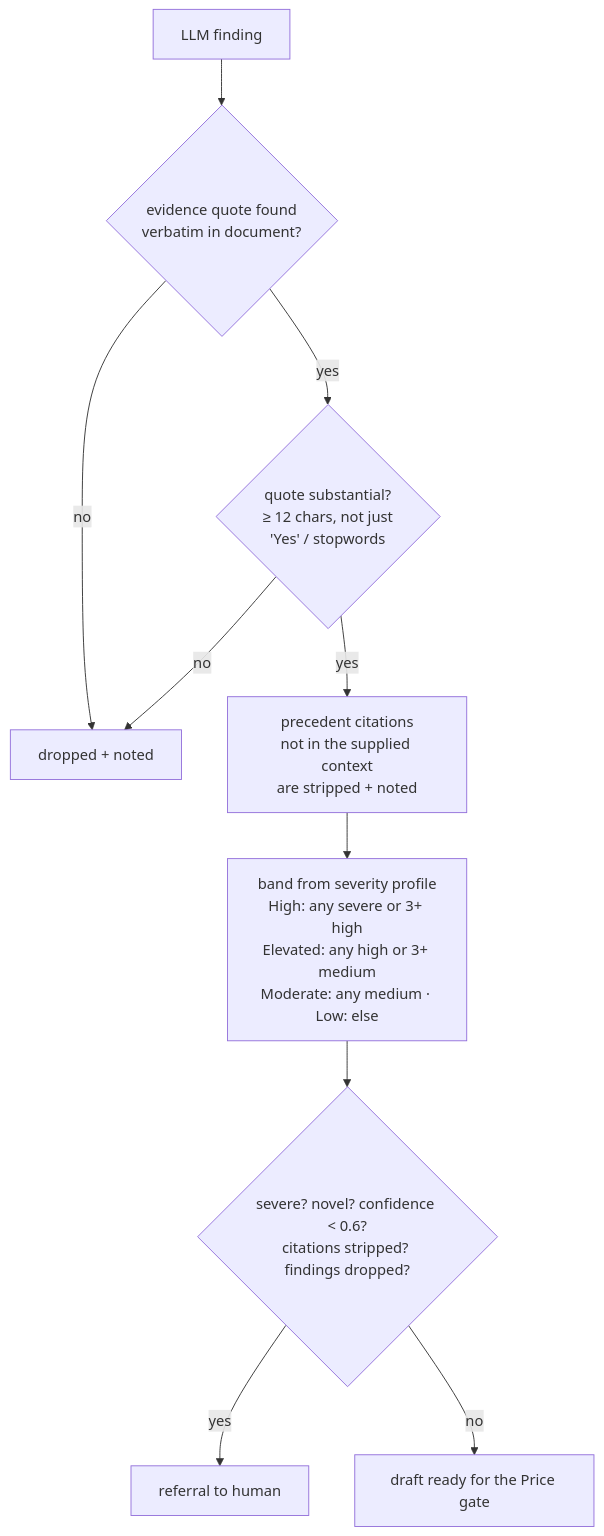
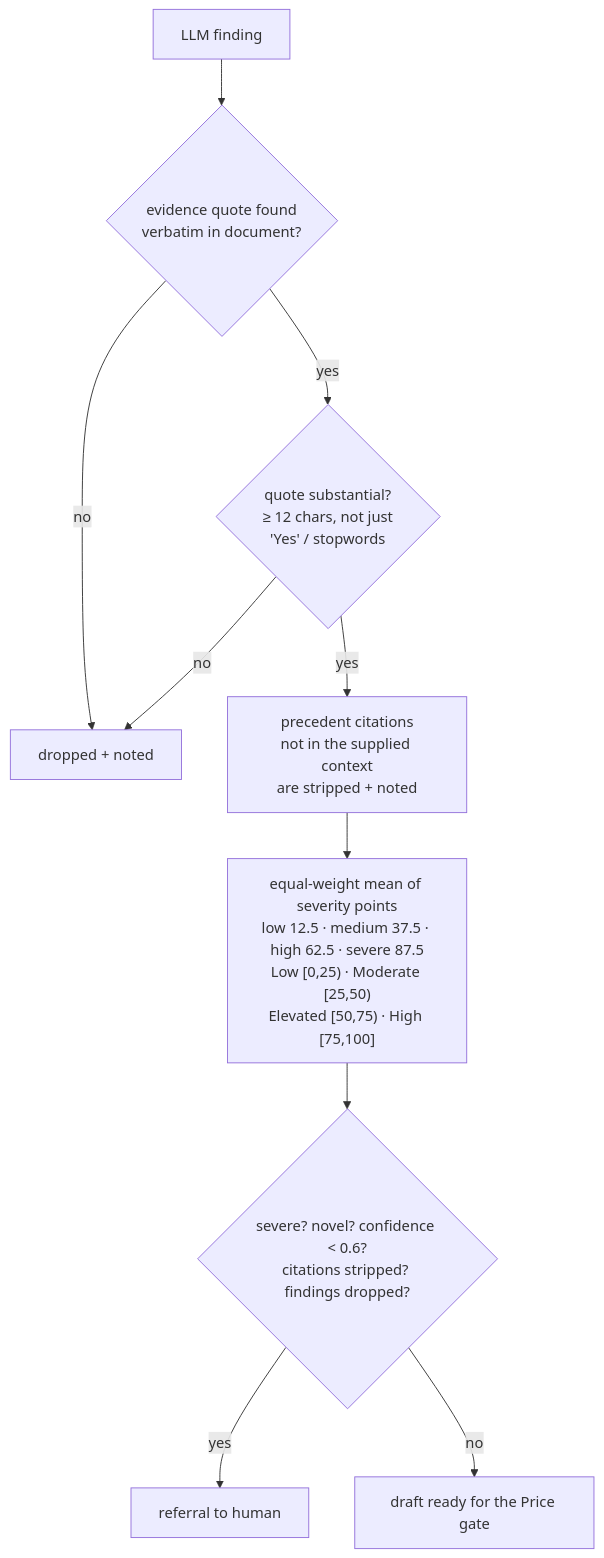
Before and after one commit to GoldenWind8/converge-underwriting: the second of 2 diagrams in docs/ARCHITECTURE.md, drawn with Mermaid. The commit also changed other lines of this file and 15 other files, not shown here.

First line of the commit message:
Equal-weight severity risk scoring (0–100), from PR #3

````diff
--- a/docs/ARCHITECTURE.md
+++ b/docs/ARCHITECTURE.md
@@ -48,12 +48,12 @@
 ```mermaid
 flowchart TD
     F[LLM finding] --> G{evidence quote found<br/>verbatim in document?}
     G -- no --> X[dropped + noted]
     G -- yes --> S{quote substantial?<br/>≥ 12 chars, not just<br/>'Yes' / stopwords}
     S -- no --> X
     S -- yes --> Ci[precedent citations<br/>not in the supplied context<br/>are stripped + noted]
-    Ci --> Bd[band from severity profile<br/>High: any severe or 3+ high<br/>Elevated: any high or 3+ medium<br/>Moderate: any medium · Low: else]
+    Ci --> Bd["equal-weight mean of severity points<br/>low 12.5 · medium 37.5 · high 62.5 · severe 87.5<br/>Low [0,25) · Moderate [25,50)<br/>Elevated [50,75) · High [75,100]"]
     Bd --> I{severe? novel? confidence < 0.6?<br/>citations stripped? findings dropped?}
     I -- yes --> J[referral to human]
     I -- no --> K[draft ready for the Price gate]
 ```
````
